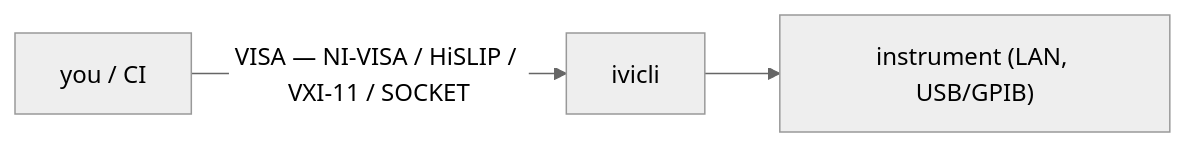
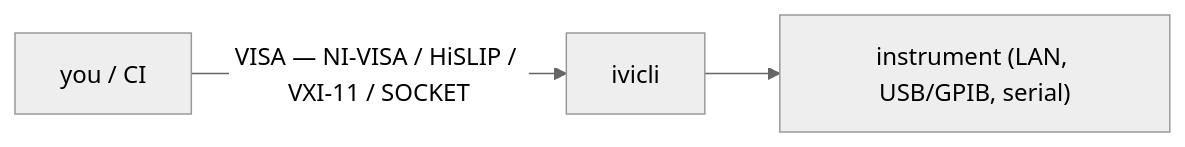
Before and after one commit to ShortArrow/ivi-cli: the first of 4 diagrams in README.md, drawn with Mermaid (neutral theme). The commit also changed other lines of this file and 40 other files, not shown here.

First line of the commit message:
feat(serial): show serial devices in visa list, the API and visa scan (#278)

````diff
--- a/README.md
+++ b/README.md
@@ -153,4 +153,4 @@
 ```mermaid
 flowchart LR
-    u["you / CI"] -->|"VISA — NI-VISA / HiSLIP / VXI-11 / SOCKET"| c["ivicli"] --> i["instrument (LAN, USB/GPIB)"]
+    u["you / CI"] -->|"VISA — NI-VISA / HiSLIP / VXI-11 / SOCKET"| c["ivicli"] --> i["instrument (LAN, USB/GPIB, serial)"]
 ```
````
